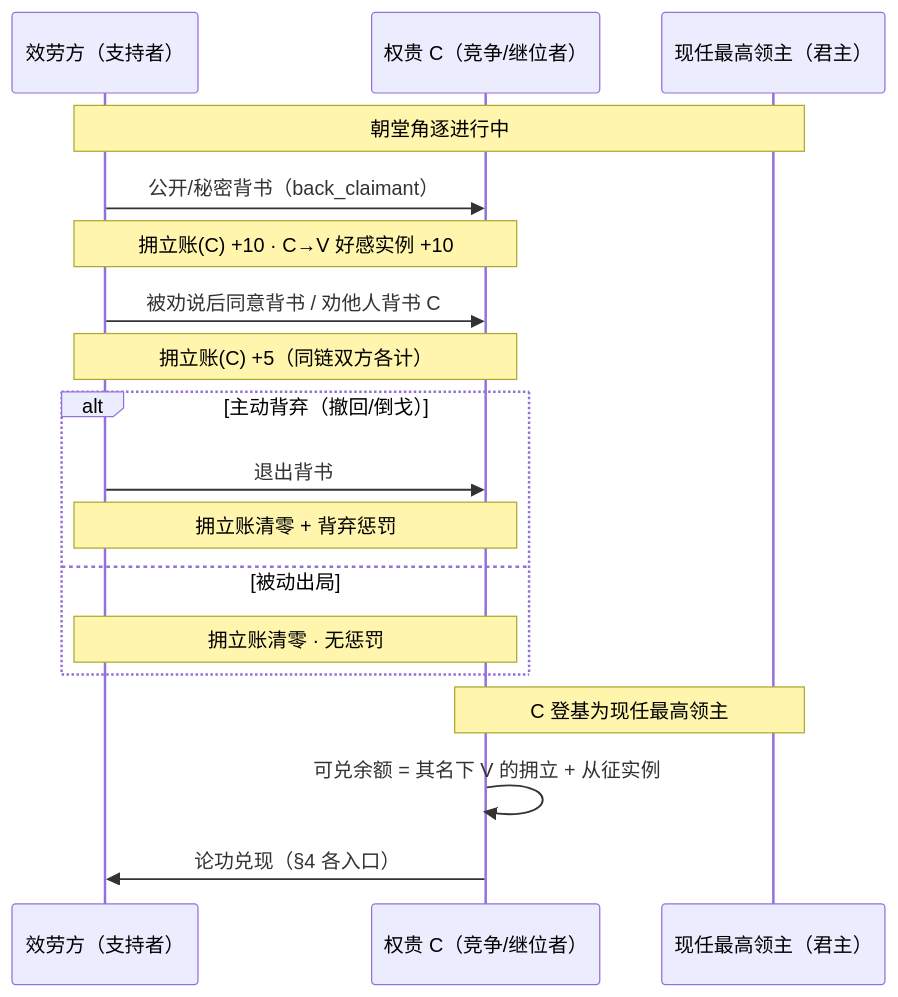
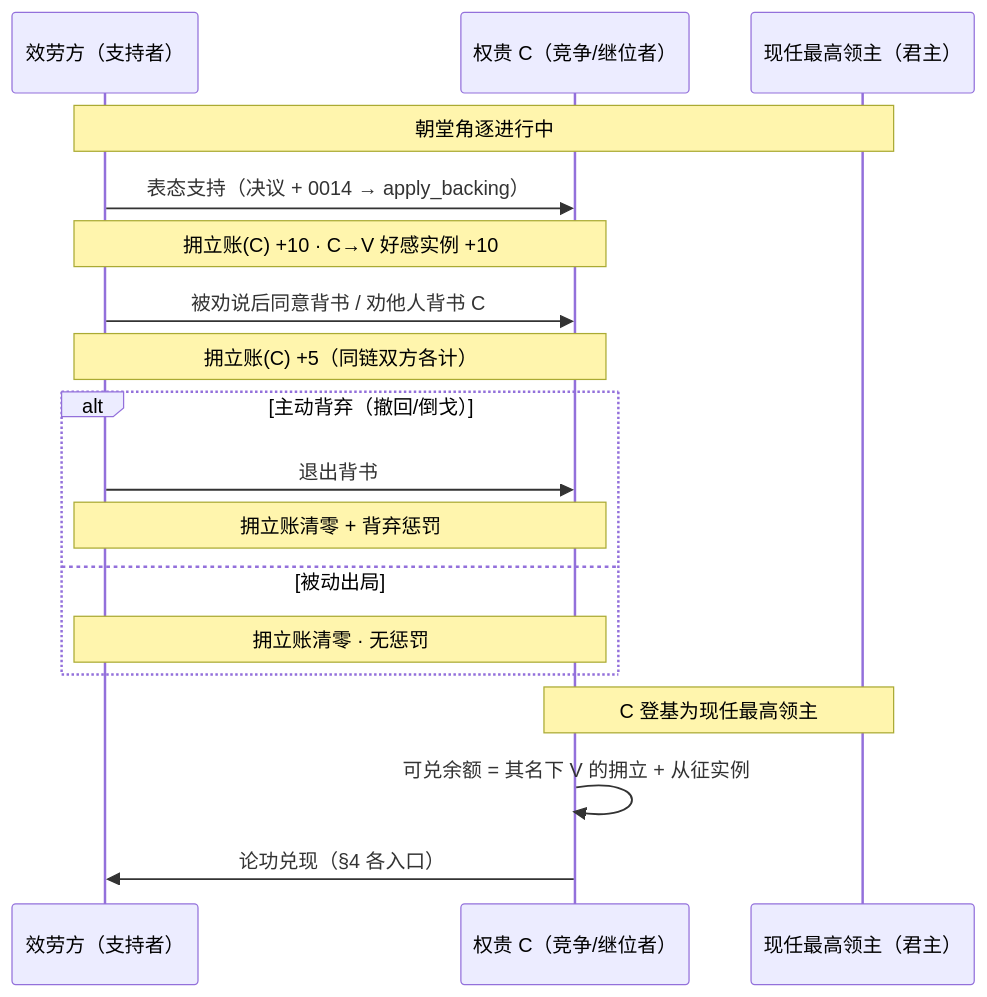
One commit to FeronCompany/ck3_for_the_realm changed the third of 4 diagrams in document/task_design/02-功勋系统设计.md. Above: the diagram before and after it, drawn with Mermaid. The commit also changed other lines of this file and 36 other files, not shown here.

````diff
--- a/document/task_design/02-功勋系统设计.md
+++ b/document/task_design/02-功勋系统设计.md
@@ -191,20 +192,20 @@
 ```mermaid
 sequenceDiagram
     participant V as 效劳方（支持者）
     participant C as 权贵 C（竞争/继位者）
     participant L as 现任最高领主（君主）
     Note over V,L: 朝堂角逐进行中
-    V->>C: 公开/秘密背书（back_claimant）
+    V->>C: 表态支持（决议 + 0014 → apply_backing）
     Note over V,C: 拥立账(C) +10 · C→V 好感实例 +10
     V->>C: 被劝说后同意背书 / 劝他人背书 C
     Note over V,C: 拥立账(C) +5（同链双方各计）
     alt 主动背弃（撤回/倒戈）
         V->>C: 退出背书
         Note over V,C: 拥立账清零 + 背弃惩罚
     else 被动出局
         Note over V,C: 拥立账清零 · 无惩罚
     end
     Note over C,L: C 登基为现任最高领主
     C->>C: 可兑余额 = 其名下 V 的拥立 + 从征实例
     C->>V: 论功兑现（§4 各入口）
 ```
````
